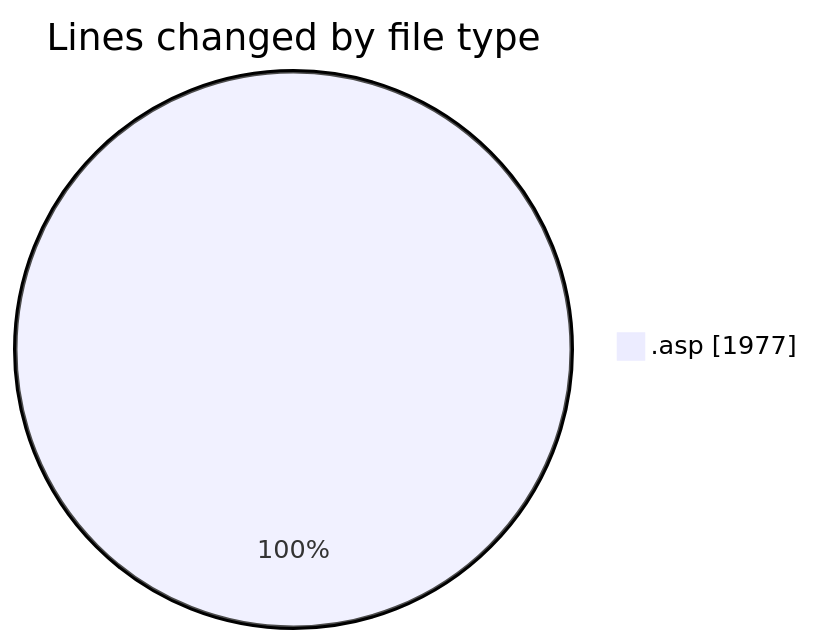
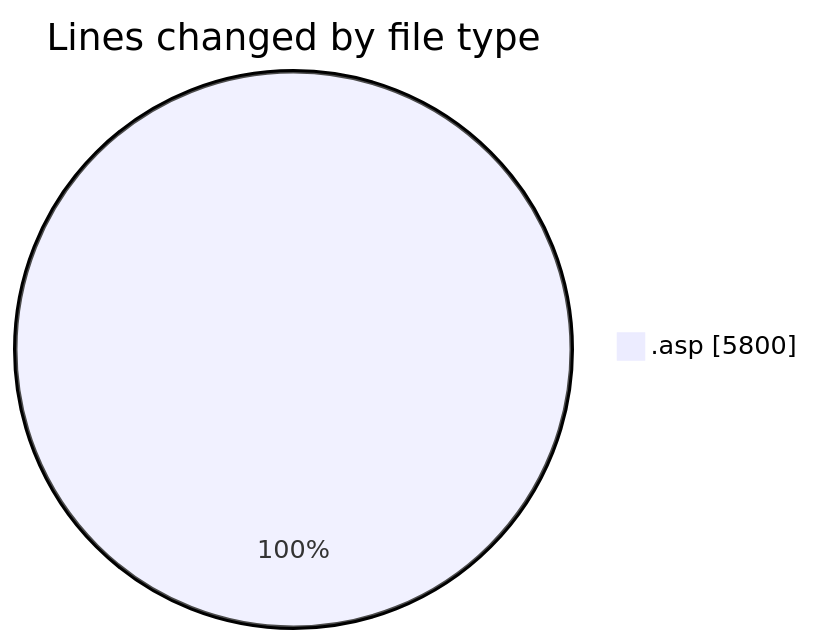
Before and after one commit to julien-gomy/code-tracking: the first of 2 diagrams in 2025-10-20/cdp_aleoudev_fr__workspace_/README.md, drawn with Mermaid. The commit also changed other lines of this file and 1 other file, not shown here.

````diff
--- a/2025-10-20/cdp_aleoudev_fr__workspace_/README.md
+++ b/2025-10-20/cdp_aleoudev_fr__workspace_/README.md
@@ -20,5 +21,5 @@
 ```mermaid
 pie showData
 title Lines changed by file type
-".asp" : 1977
+".asp" : 5800
 ```
````
